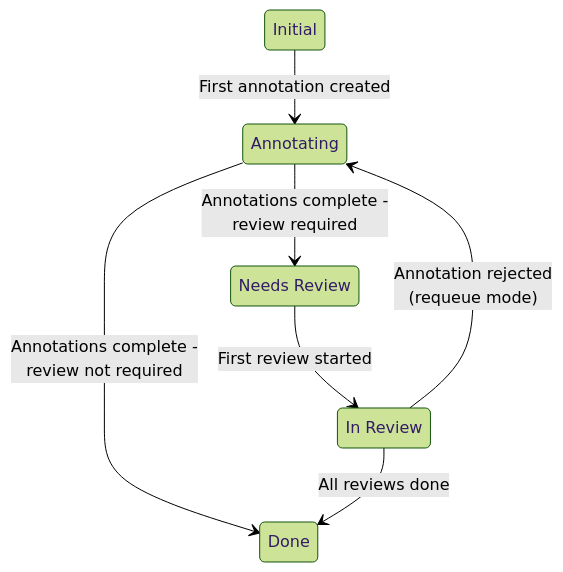
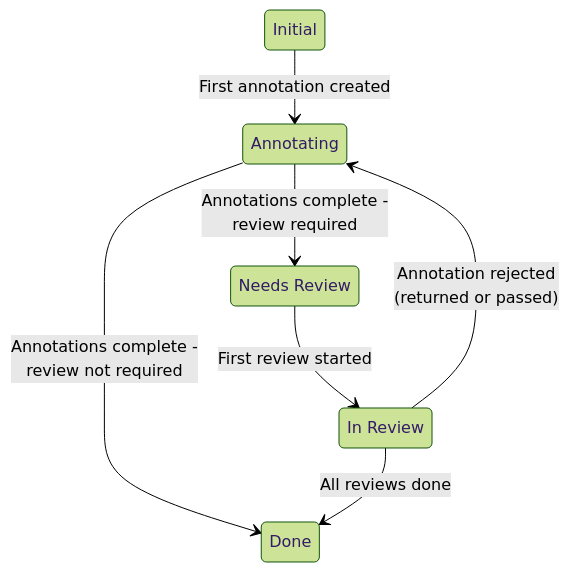
The second of 2 diagrams in docs/source/guide/project_states.md (HumanSignal/label-studio), drawn with Mermaid (forest theme) before and after one commit. The commit also changed other lines of this file and 4 other files, not shown here.

````diff
--- a/docs/source/guide/project_states.md
+++ b/docs/source/guide/project_states.md
@@ -69,21 +69,21 @@
 ```mermaid
 stateDiagram-v2
     state "Initial" as CREATED
     state "Annotating" as ANNOTATION_IN_PROGRESS
     state "Needs Review" as NEEDS_REVIEW
     state "In Review" as REVIEW_IN_PROGRESS
     state "Done" as COMPLETED
 
     CREATED --> ANNOTATION_IN_PROGRESS: First annotation created
     ANNOTATION_IN_PROGRESS --> NEEDS_REVIEW: Annotations complete -<br>review required
     ANNOTATION_IN_PROGRESS --> COMPLETED: Annotations complete -<br>review not required
     NEEDS_REVIEW --> REVIEW_IN_PROGRESS: First review started
     REVIEW_IN_PROGRESS --> COMPLETED: All reviews done
-    REVIEW_IN_PROGRESS --> ANNOTATION_IN_PROGRESS: Annotation rejected<br>(requeue mode)
+    REVIEW_IN_PROGRESS --> ANNOTATION_IN_PROGRESS: Annotation rejected<br>(returned or passed)
 
     class CREATED neutral
     class ANNOTATION_IN_PROGRESS grape
     class NEEDS_REVIEW cantaloupe
     class REVIEW_IN_PROGRESS plum
     class COMPLETED kale
 ```
````
